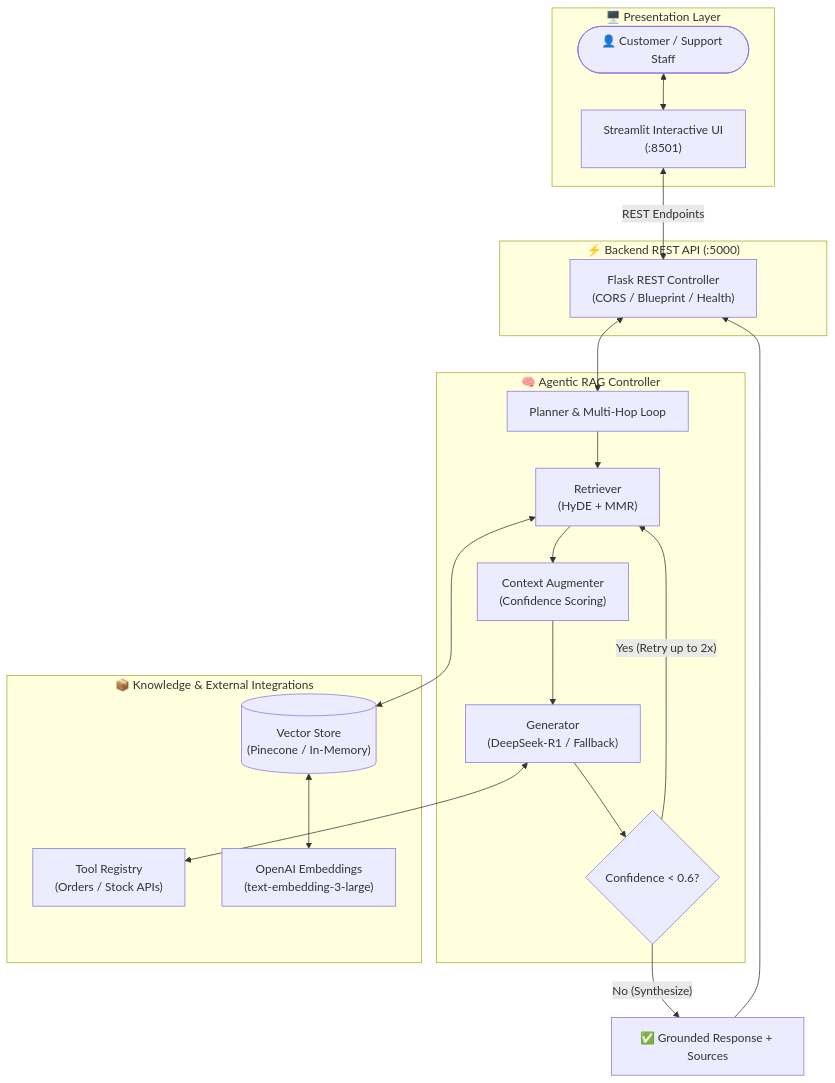
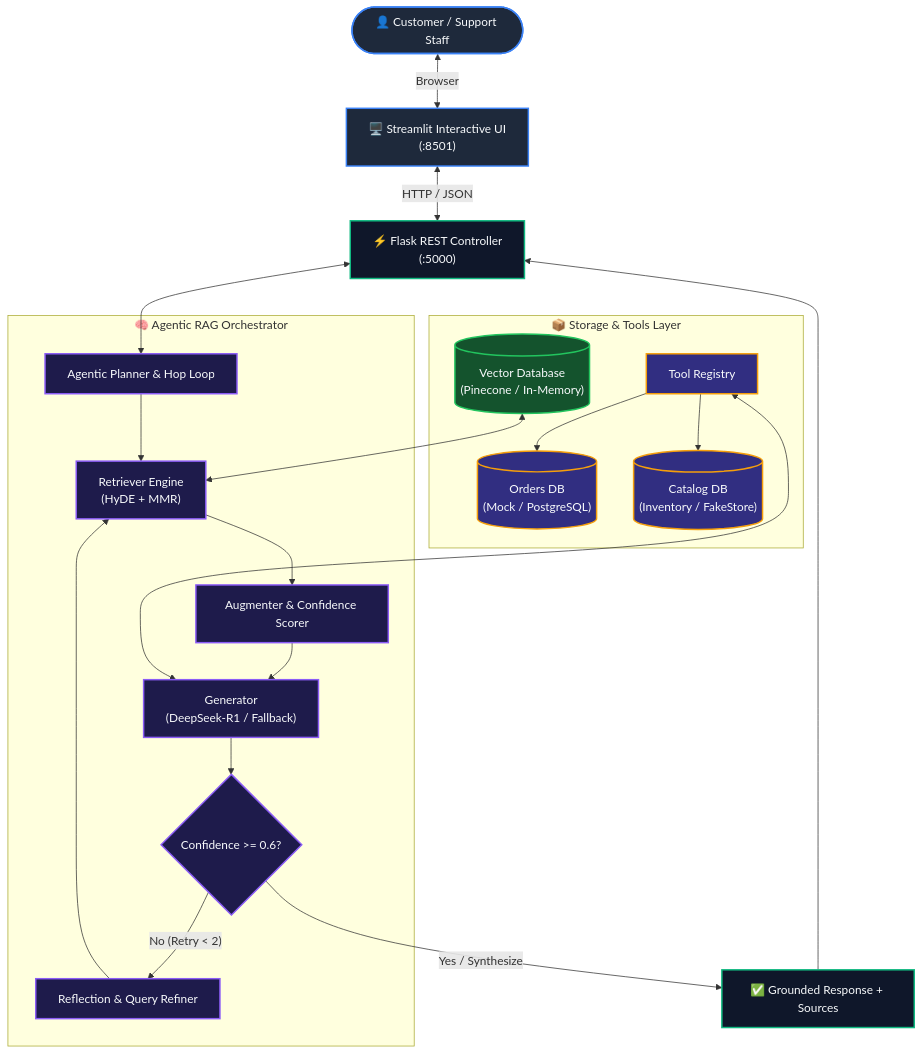
Before and after one commit to AditiSingh-321/ecom-support-rag-agent: the diagram in README.md, drawn with Mermaid. The commit also changed other lines of this file, not shown here.

````diff
--- a/README.md
+++ b/README.md
@@ -70,41 +93,47 @@
 ```mermaid
-flowchart TB
-    subgraph UI_Layer ["🖥️ Presentation Layer"]
-        User(["👤 Customer / Support Staff"])
-        Streamlit["Streamlit Interactive UI\n(:8501)"]
-        User <--> Streamlit
-    end
+flowchart TD
+    classDef client fill:#1E293B,stroke:#3B82F6,stroke-width:2px,color:#F8FAFC;
+    classDef api fill:#0F172A,stroke:#10B981,stroke-width:2px,color:#F8FAFC;
+    classDef core fill:#1E1B4B,stroke:#8B5CF6,stroke-width:2px,color:#F8FAFC;
+    classDef tool fill:#312E81,stroke:#F59E0B,stroke-width:2px,color:#F8FAFC;
+    classDef vstore fill:#14532D,stroke:#22C55E,stroke-width:2px,color:#F8FAFC;
 
-    subgraph API_Layer ["⚡ Backend REST API (:5000)"]
-        Flask["Flask REST Controller\n(CORS / Blueprint / Health)"]
-        Streamlit <-->|REST Endpoints| Flask
-    end
+    User(["👤 Customer / Support Staff"]):::client
+    UI["🖥️ Streamlit Interactive UI\n(:8501)"]:::client
+    API["⚡ Flask REST Controller\n(:5000)"]:::api
 
-    subgraph Agentic_Core ["🧠 Agentic RAG Controller"]
-        Planner["Planner & Multi-Hop Loop"]
-        Retriever["Retriever\n(HyDE + MMR)"]
-        Augmenter["Context Augmenter\n(Confidence Scoring)"]
-        Generator["Generator\n(DeepSeek-R1 / Fallback)"]
-        SelfCorrection{"Confidence < 0.6?"}
+    User <-->|Browser| UI
+    UI <-->|HTTP / JSON| API
 
-        Flask <--> Planner
+    subgraph Controller ["🧠 Agentic RAG Orchestrator"]
+        Planner["Agentic Planner & Hop Loop"]:::core
+        Retriever["Retriever Engine\n(HyDE + MMR)"]:::core
+        Augmenter["Augmenter & Confidence Scorer"]:::core
+        Generator["Generator\n(DeepSeek-R1 / Fallback)"]:::core
+        Decision{"Confidence >= 0.6?"}:::core
+        Refiner["Reflection & Query Refiner"]:::core
+
         Planner --> Retriever
         Retriever --> Augmenter
         Augmenter --> Generator
-        Generator --> SelfCorrection
-        SelfCorrection -- "Yes (Retry up to 2x)" --> Retriever
+        Generator --> Decision
+        Decision -- "No (Retry < 2)" --> Refiner
+        Refiner --> Retriever
     end
 
-    subgraph External_Resources ["📦 Knowledge & External Integrations"]
-        VStore[("Vector Store\n(Pinecone / In-Memory)")]
-        Tools["Tool Registry\n(Orders / Stock APIs)"]
-        Embeddings["OpenAI Embeddings\n(text-embedding-3-large)"]
+    subgraph DataLayer ["📦 Storage & Tools Layer"]
+        VStore[("Vector Database\n(Pinecone / In-Memory)")]:::vstore
+        Tools["Tool Registry"]:::tool
+        OrdersDB[("Orders DB\n(Mock / PostgreSQL)")]:::tool
+        CatalogDB[("Catalog DB\n(Inventory / FakeStore)")]:::tool
 
-        Retriever <--> VStore
-        VStore <--> Embeddings
-        Generator <--> Tools
+        VStore <--> Retriever
+        Tools <--> Generator
+        Tools --> OrdersDB
+        Tools --> CatalogDB
     end
 
-    SelfCorrection -- "No (Synthesize)" --> FinalAnswer["✅ Grounded Response + Sources"]
-    FinalAnswer --> Flask
+    API <--> Planner
+    Decision -- "Yes / Synthesize" --> Answer["✅ Grounded Response + Sources"]:::api
+    Answer --> API
 ```
````
